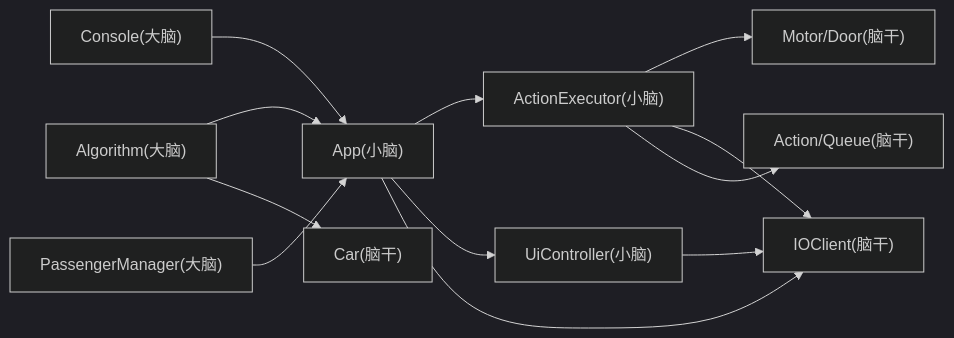
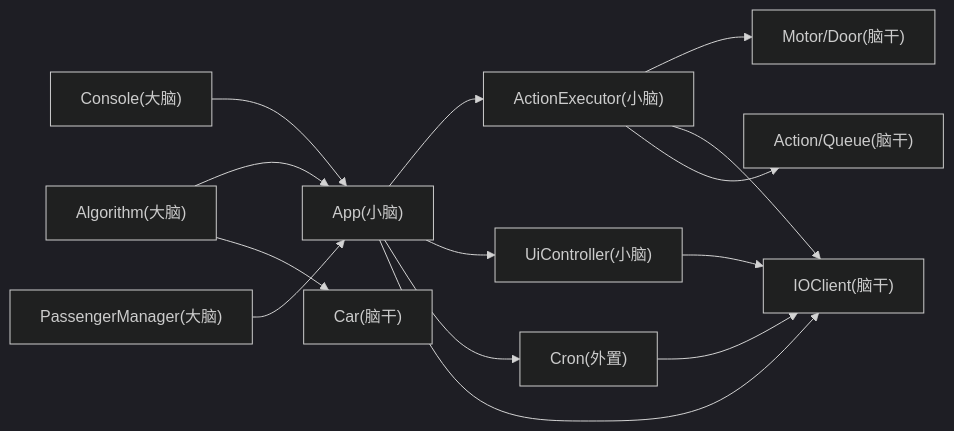
Before and after one commit to xmb505/Haku_EET: the sixth of 6 diagrams in .qoder/repowiki/zh/content/系统架构概览/系统架构概览.md, drawn with Mermaid (dark theme). The commit also changed other lines of this file and 37 other files, not shown here.

First line of the commit message:
docs(architecture): 更新三层架构和模块职责说明

````diff
--- a/.qoder/repowiki/zh/content/系统架构概览/系统架构概览.md
+++ b/.qoder/repowiki/zh/content/系统架构概览/系统架构概览.md
@@ -327,14 +356,16 @@
 ```mermaid
 graph LR
 Console["Console(大脑)"] --> App["App(小脑)"]
 Algorithm["Algorithm(大脑)"] --> App
 Passenger["PassengerManager(大脑)"] --> App
 App --> Executor["ActionExecutor(小脑)"]
 App --> UI["UiController(小脑)"]
+App --> Cron["Cron(外置)"]
 Executor --> Controllers["Motor/Door(脑干)"]
 Executor --> IO["IOClient(脑干)"]
 App --> IO
 UI --> IO
 Executor --> Actions["Action/Queue(脑干)"]
 Algorithm --> Player["Car(脑干)"]
+Cron --> IO
 ```
````
